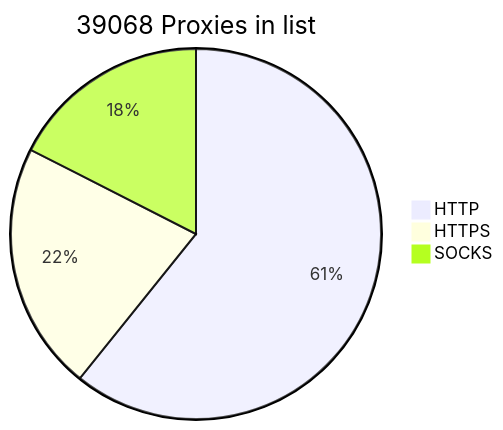
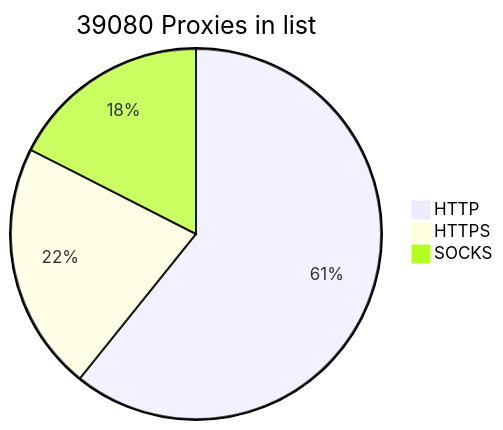
The diagram in README.md (BlackSnowDot/proxylist-update-every-minute), drawn with Mermaid before and after one commit.

````diff
--- a/README.md
+++ b/README.md
@@ -2,6 +2,6 @@
 ```mermaid
-pie title 39068 Proxies in list
-    "HTTP" : 27829
-    "HTTPS": 9940
+pie title 39080 Proxies in list
+    "HTTP" : 27837
+    "HTTPS": 9949
     "SOCKS" : 8016
 ```
````
